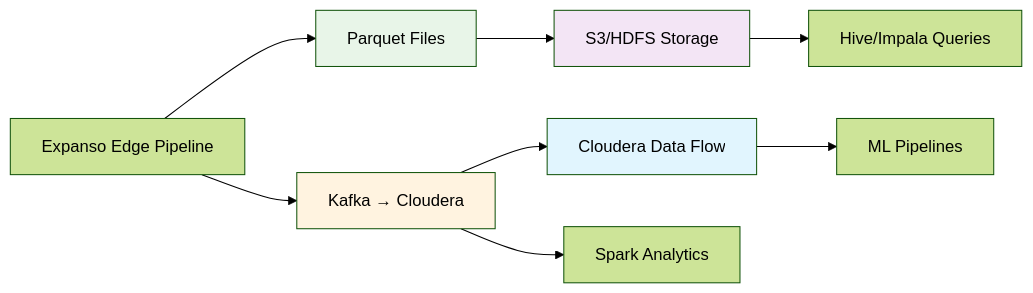
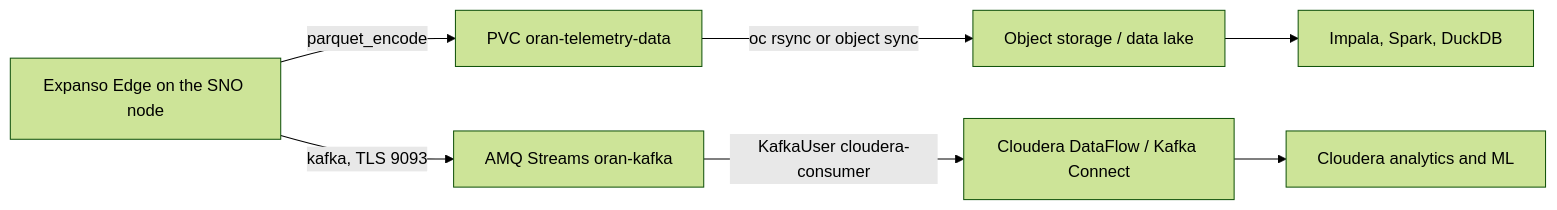
The diagram in docs/integrations/oran-telco-pipeline/step-5-parquet-and-cloudera.mdx (expanso-io/examples.expanso.io), drawn with Mermaid (forest theme) before and after one commit. The commit also changed other lines of this file and 39 other files, not shown here.

First line of the commit message:
fix: align O-RAN telemetry example with Single-Node OpenShift (#47)

````diff
--- a/docs/integrations/oran-telco-pipeline/step-5-parquet-and-cloudera.mdx
+++ b/docs/integrations/oran-telco-pipeline/step-5-parquet-and-cloudera.mdx
@@ -34,15 +43,9 @@
 ```mermaid
 graph LR
-    A[Expanso Edge Pipeline] --> B[Parquet Files]
-    A --> C[Kafka → Cloudera]
-    B --> D[S3/HDFS Storage]
-    C --> E[Cloudera Data Flow]
-    C --> F[Spark Analytics]
-    D --> G[Hive/Impala Queries]
-    E --> H[ML Pipelines]
-
-    style B fill:#e8f5e8
-    style C fill:#fff3e0
-    style D fill:#f3e5f5
-    style E fill:#e1f5fe
+    A[Expanso Edge on the SNO node] -->|parquet_encode| B[PVC oran-telemetry-data]
+    A -->|kafka, TLS 9093| C[AMQ Streams oran-kafka]
+    B -->|oc rsync or object sync| D[Object storage / data lake]
+    C -->|KafkaUser cloudera-consumer| E[Cloudera DataFlow / Kafka Connect]
+    D --> F[Impala, Spark, DuckDB]
+    E --> G[Cloudera analytics and ML]
 ```
````
